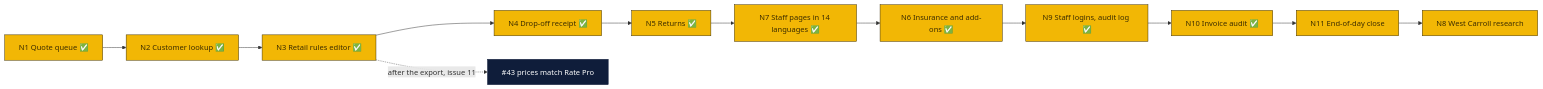
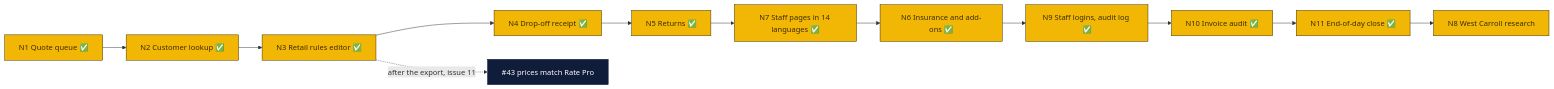
Before and after one commit to wbp318/goin-postal-forsythe: the tenth of 12 diagrams in AGENDA.md, drawn with Mermaid. The commit also changed other lines of this file and 20 other files, not shown here.

First line of the commit message:
PeterShip: end-of-day close with Z-report (N11)

````diff
--- a/AGENDA.md
+++ b/AGENDA.md
@@ -305,9 +305,9 @@
 ```mermaid
 flowchart LR
-  N1["N1 Quote queue ✅"] --> N2["N2 Customer lookup ✅"] --> N3["N3 Retail rules editor ✅"] --> N4["N4 Drop-off receipt ✅"] --> N5["N5 Returns ✅"] --> N7["N7 Staff pages in 14 languages ✅"] --> N6["N6 Insurance and add-ons ✅"] --> N9["N9 Staff logins, audit log ✅"] --> N10["N10 Invoice audit ✅"] --> N11["N11 End-of-day close"] --> N8["N8 West Carroll research"]
+  N1["N1 Quote queue ✅"] --> N2["N2 Customer lookup ✅"] --> N3["N3 Retail rules editor ✅"] --> N4["N4 Drop-off receipt ✅"] --> N5["N5 Returns ✅"] --> N7["N7 Staff pages in 14 languages ✅"] --> N6["N6 Insurance and add-ons ✅"] --> N9["N9 Staff logins, audit log ✅"] --> N10["N10 Invoice audit ✅"] --> N11["N11 End-of-day close ✅"] --> N8["N8 West Carroll research"]
   N3 -.->|"after the export, issue 11"| R["#43 prices match Rate Pro"]
   classDef store fill:#f2b705,stroke:#3b2c00,color:#3b2c00
   classDef cloud fill:#0f1d3a,stroke:#0f1d3a,color:#ffffff
   class N1,N2,N3,N4,N5,N6,N7,N8,N9,N10,N11 store
   class R cloud
 ```
````
